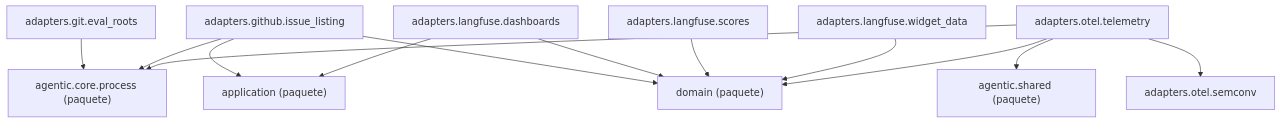
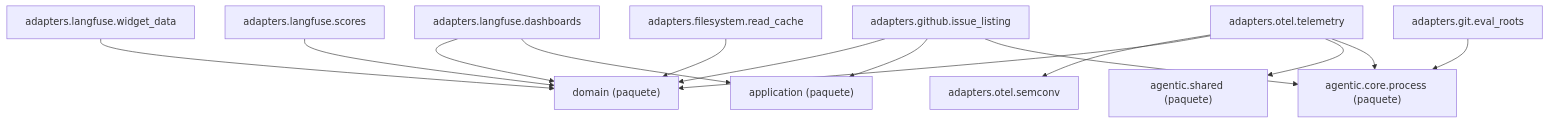
The diagram in docs/architecture/generated/packages-measurement-adapters.md (GonzaloZevallos/agentic-system), drawn with Mermaid before and after one commit. The commit also changed 1 other file, not shown here.

Commit message:
Regenerate the architecture docs for the filesystem read cache adapter

````diff
--- a/docs/architecture/generated/packages-measurement-adapters.md
+++ b/docs/architecture/generated/packages-measurement-adapters.md
@@ -9,26 +9,28 @@
 ```mermaid
 graph TD
     g_pkg__agentic__core__process["agentic.core.process (paquete)"]
     g_pkg__agentic__shared["agentic.shared (paquete)"]
     g_pkg__application["application (paquete)"]
     g_pkg__domain["domain (paquete)"]
+    m_adapters__filesystem__read_cache["adapters.filesystem.read_cache"]
     m_adapters__git__eval_roots["adapters.git.eval_roots"]
     m_adapters__github__issue_listing["adapters.github.issue_listing"]
     m_adapters__langfuse__dashboards["adapters.langfuse.dashboards"]
     m_adapters__langfuse__scores["adapters.langfuse.scores"]
     m_adapters__langfuse__widget_data["adapters.langfuse.widget_data"]
     m_adapters__otel__semconv["adapters.otel.semconv"]
     m_adapters__otel__telemetry["adapters.otel.telemetry"]
+    m_adapters__filesystem__read_cache --> g_pkg__domain
     m_adapters__git__eval_roots --> g_pkg__agentic__core__process
     m_adapters__github__issue_listing --> g_pkg__agentic__core__process
     m_adapters__github__issue_listing --> g_pkg__application
     m_adapters__github__issue_listing --> g_pkg__domain
     m_adapters__langfuse__dashboards --> g_pkg__application
     m_adapters__langfuse__dashboards --> g_pkg__domain
     m_adapters__langfuse__scores --> g_pkg__domain
     m_adapters__langfuse__widget_data --> g_pkg__domain
     m_adapters__otel__telemetry --> g_pkg__agentic__core__process
     m_adapters__otel__telemetry --> g_pkg__agentic__shared
     m_adapters__otel__telemetry --> g_pkg__domain
     m_adapters__otel__telemetry --> m_adapters__otel__semconv
 ```
````
